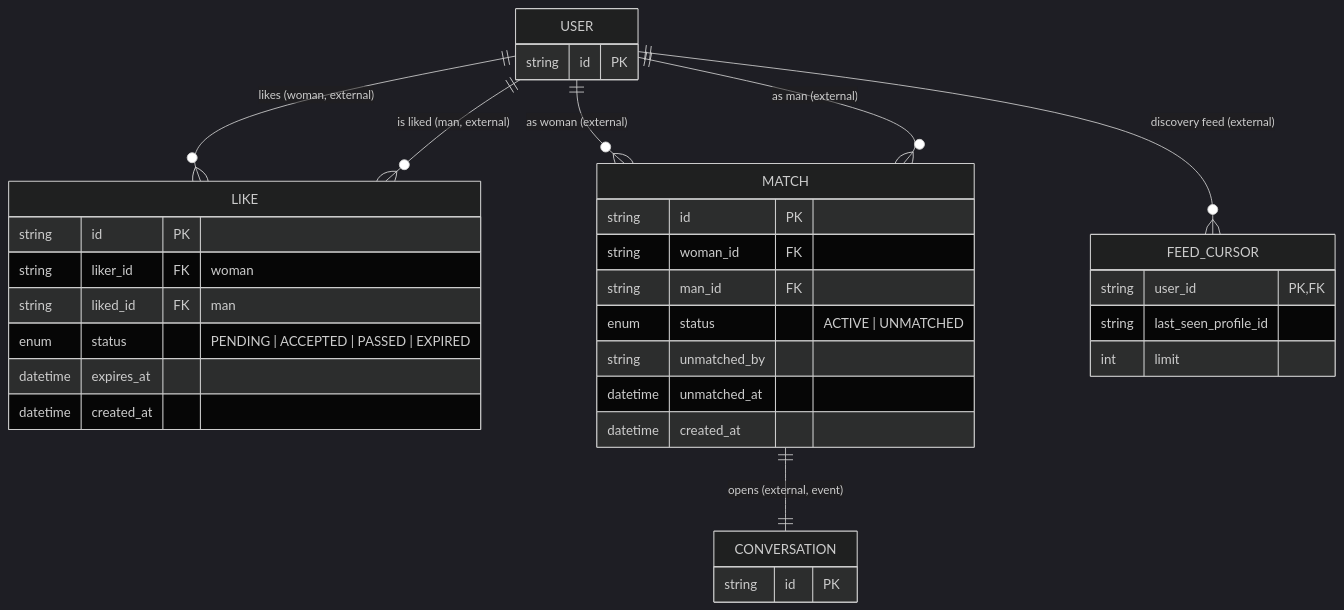
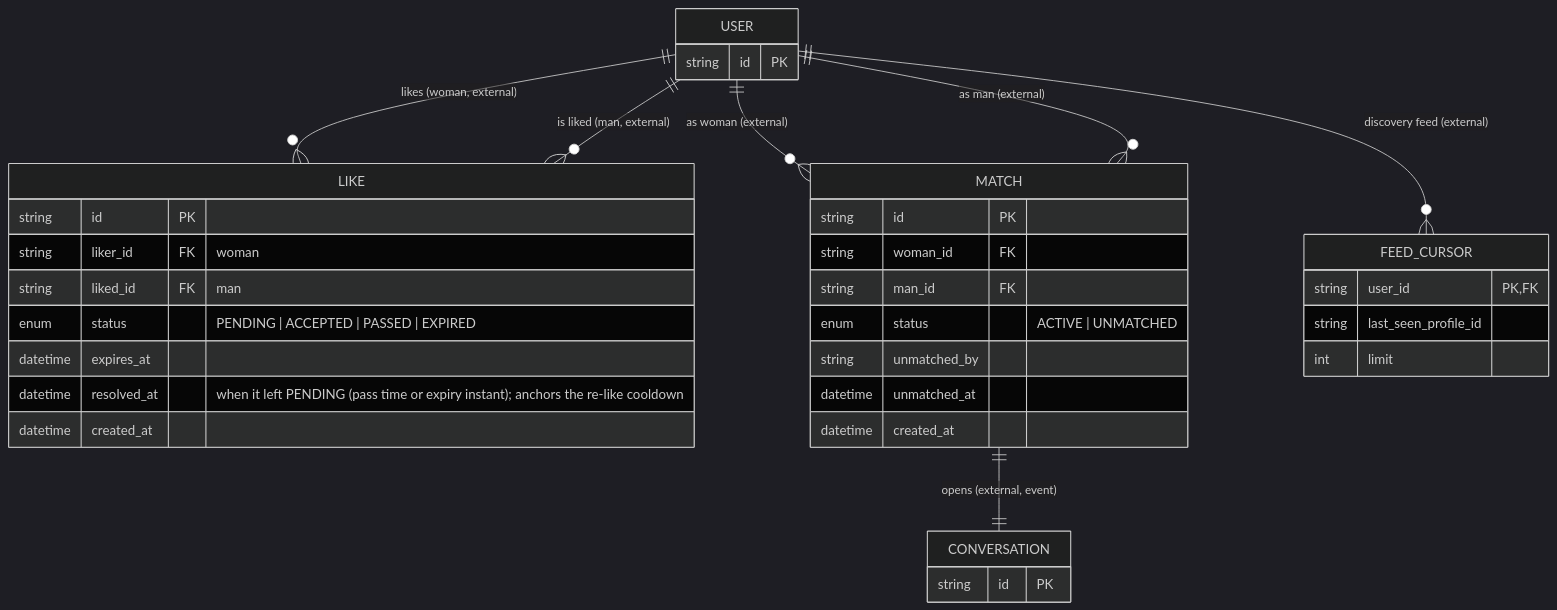
One commit to cheetah-org/fold-design changed the fifth of 8 diagrams in entities/er-diagram.md. Above: the diagram before and after it, drawn with Mermaid (dark theme). The commit also changed other lines of this file and 1 other file, not shown here.

Commit message:
Document matching slice 1 implementation notes and LIKE.resolved_at
- Record the choices made where the matching contract is silent: exact-DOB
  age rule, female-target handling, lazy expiry, pass eligibility check,
  masked inbox/counterpart behavior, onboarding gate, paging limits
- Add LIKE.resolved_at to the ER diagram (anchors the re-like cooldown)
- Note the global 422 for unconvertible query/path values

````diff
--- a/entities/er-diagram.md
+++ b/entities/er-diagram.md
@@ -366,42 +367,43 @@
 ```mermaid
 erDiagram
     %% Owned entities
     LIKE {
         string id PK
         string liker_id FK "woman"
         string liked_id FK "man"
         enum status "PENDING | ACCEPTED | PASSED | EXPIRED"
         datetime expires_at
+        datetime resolved_at "when it left PENDING (pass time or expiry instant); anchors the re-like cooldown"
         datetime created_at
     }
     MATCH {
         string id PK
         string woman_id FK
         string man_id FK
         enum status "ACTIVE | UNMATCHED"
         string unmatched_by
         datetime unmatched_at
         datetime created_at
     }
     FEED_CURSOR {
         string user_id PK, FK
         string last_seen_profile_id
         int limit
     }
 
     %% External references (owned by User / Chat Service)
     USER {
         string id PK
     }
     CONVERSATION {
         string id PK
     }
 
     %% Relationships
     USER ||--o{ LIKE : "likes (woman, external)"
     USER ||--o{ LIKE : "is liked (man, external)"
     USER ||--o{ MATCH : "as woman (external)"
     USER ||--o{ MATCH : "as man (external)"
     USER ||--o{ FEED_CURSOR : "discovery feed (external)"
     MATCH ||--|| CONVERSATION : "opens (external, event)"
 ```
````
